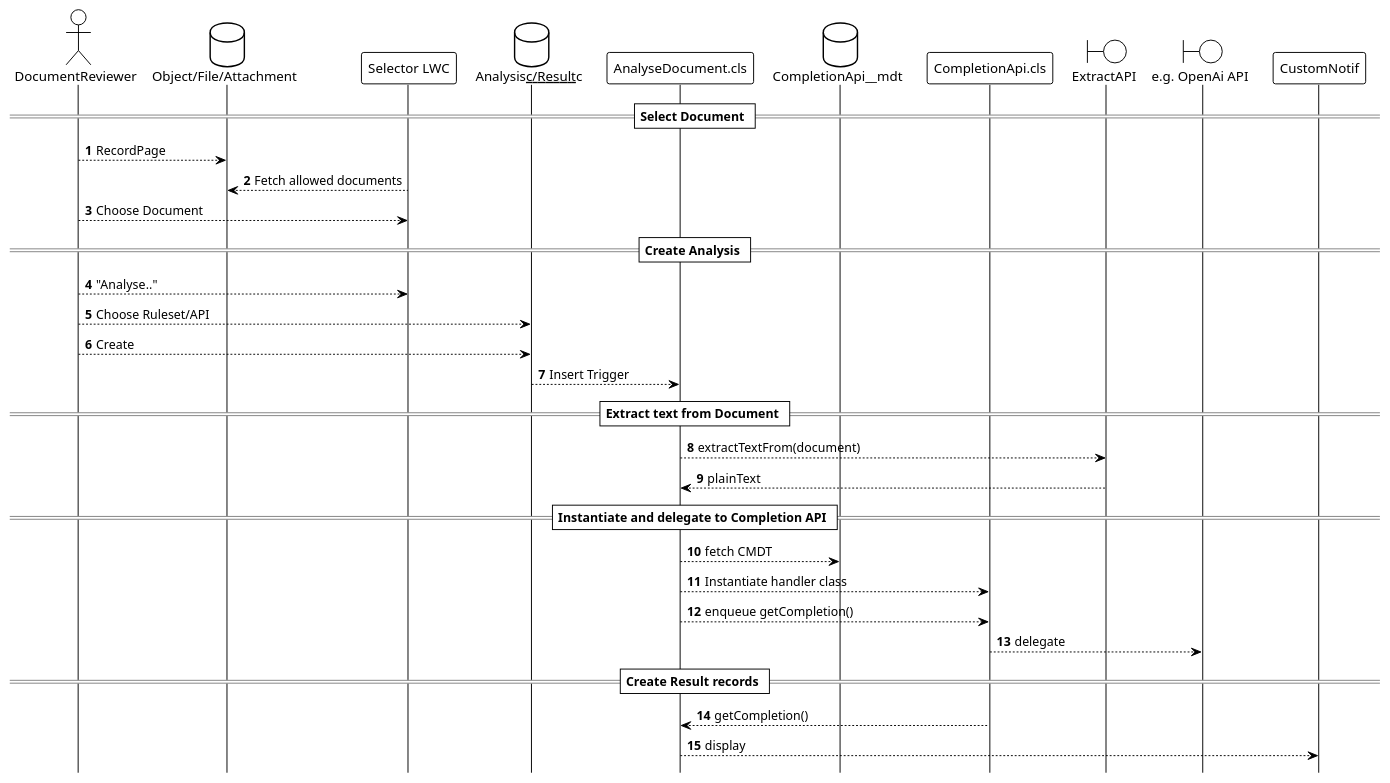
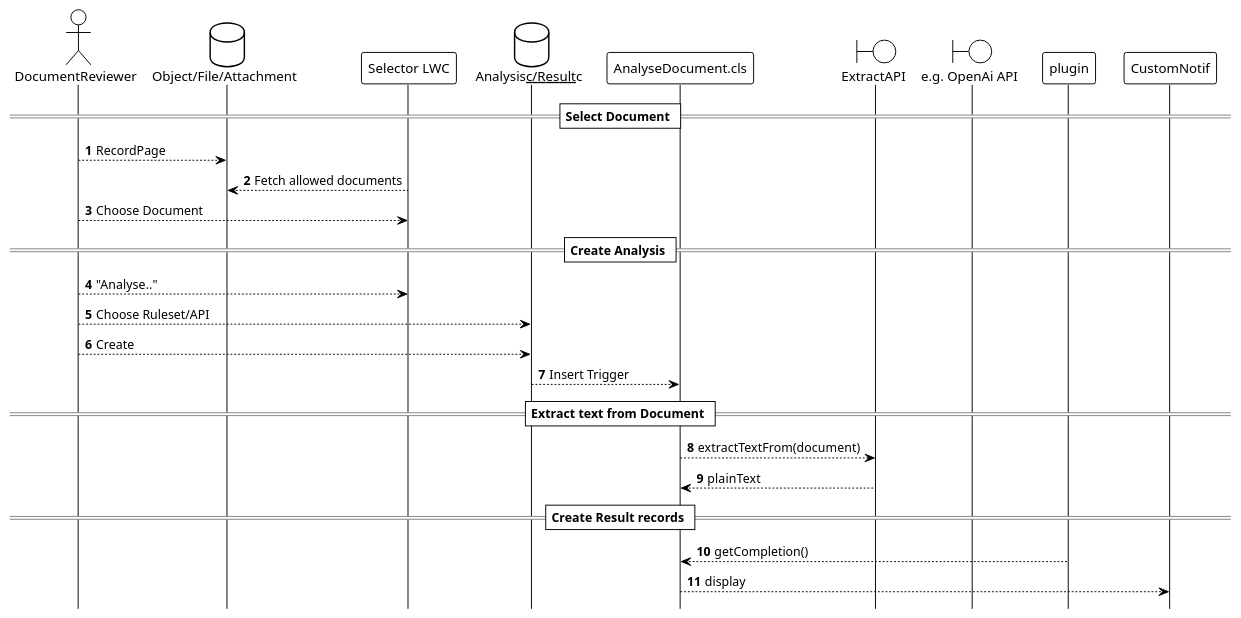
One commit to aquivalabs/document-mess-detector changed the seventh of 8 diagrams in solution-design.md. Above: the diagram before and after it, drawn with PlantUML. The commit also changed other lines of this file and 36 other files, not shown here.

````diff
--- a/solution-design.md
+++ b/solution-design.md
@@ -310,42 +303,35 @@
 ```plantuml
     @startuml
     !theme plain
     autonumber
     hide footbox
 
     actor DocumentReviewer
     database "Object/File/Attachment" as file
     participant "Selector LWC" as lwc
     database "Analysis__c/Result__c" as analysis
     participant "AnalyseDocument.cls" as code
-    database CompletionApi__mdt
-    participant "CompletionApi.cls" as plugin
     boundary ExtractAPI
     boundary "e.g. OpenAi API" as api
 
     == Select Document ==
     DocumentReviewer --> file : RecordPage
     lwc --> file : Fetch allowed documents
     DocumentReviewer --> lwc : Choose Document
     
     == Create Analysis ==
     DocumentReviewer --> lwc : "Analyse.."
     DocumentReviewer --> analysis : Choose Ruleset/API
     DocumentReviewer --> analysis : Create
     analysis --> code : Insert Trigger
 
     == Extract text from Document ==
     code --> ExtractAPI : extractTextFrom(document)
     code <-- ExtractAPI : plainText
 
-    == Instantiate and delegate to Completion API ==
-    code --> CompletionApi__mdt : fetch CMDT
-    code --> plugin : Instantiate handler class  
-    code --> plugin : enqueue getCompletion() 
-    plugin --> api  : delegate 
 
     == Create Result records ==
     code <-- plugin : getCompletion()
     code --> CustomNotif : display 
     @enduml
 ```
````
